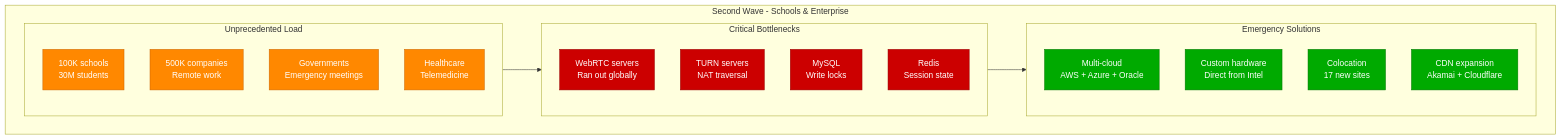
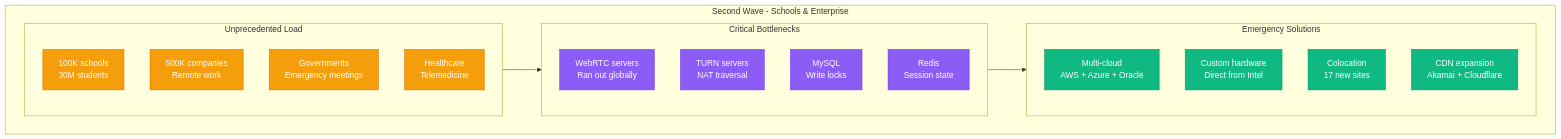
The fourth of 9 diagrams in site/docs/capacity/zoom-covid-explosion.md (deepaucksharma/DS), drawn with Mermaid before and after one commit. The commit also changed other lines of this file and 303 other files, not shown here.

````diff
--- a/site/docs/capacity/zoom-covid-explosion.md
+++ b/site/docs/capacity/zoom-covid-explosion.md
@@ -142,37 +142,37 @@
 ```mermaid
 graph TB
     subgraph Crisis2[Second Wave - Schools & Enterprise]
         subgraph NewLoad[Unprecedented Load]
             SCHOOLS[100K schools<br/>30M students]
             ENTERPRISE[500K companies<br/>Remote work]
             GOVT[Governments<br/>Emergency meetings]
             HEALTH[Healthcare<br/>Telemedicine]
         end
 
         subgraph Bottlenecks[Critical Bottlenecks]
             WEBRTC[WebRTC servers<br/>Ran out globally]
             TURN[TURN servers<br/>NAT traversal]
             MYSQL[MySQL<br/>Write locks]
             REDIS[Redis<br/>Session state]
         end
 
         subgraph Solutions[Emergency Solutions]
             MULTICLOUD[Multi-cloud<br/>AWS + Azure + Oracle]
             CUSTOM[Custom hardware<br/>Direct from Intel]
             COLO[Colocation<br/>17 new sites]
             CDN[CDN expansion<br/>Akamai + Cloudflare]
         end
     end
 
     NewLoad --> Bottlenecks
     Bottlenecks --> Solutions
 
     %% Apply colors
-    classDef loadStyle fill:#FF8800,stroke:#CC6600,color:#fff
-    classDef bottleneckStyle fill:#CC0000,stroke:#990000,color:#fff
-    classDef solutionStyle fill:#00AA00,stroke:#007700,color:#fff
+    classDef loadStyle fill:#F59E0B,stroke:#D97706,color:#fff
+    classDef bottleneckStyle fill:#8B5CF6,stroke:#7C3AED,color:#fff
+    classDef solutionStyle fill:#10B981,stroke:#059669,color:#fff
 
     class SCHOOLS,ENTERPRISE,GOVT,HEALTH loadStyle
     class WEBRTC,TURN,MYSQL,REDIS bottleneckStyle
     class MULTICLOUD,CUSTOM,COLO,CDN solutionStyle
 ```
````
